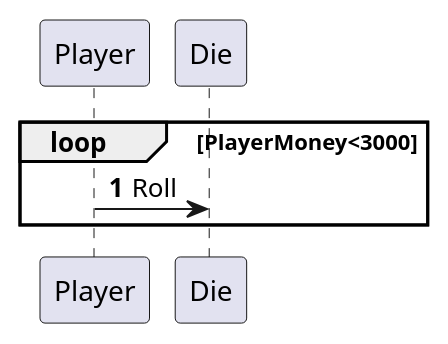
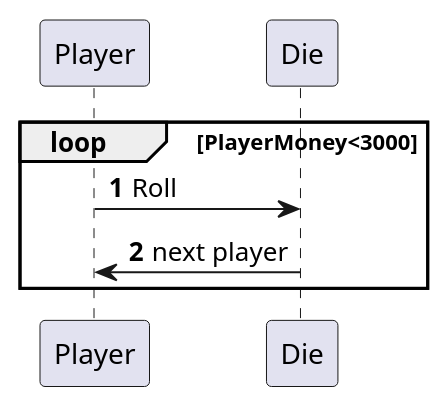
The diagram in src/main/java/UML/CDIO2SystemSequenceDiagram.puml (DTUgruppe15/15_del2), drawn with PlantUML before and after one commit. The commit also changed 2 other files, not shown here.

```diff
--- a/src/main/java/UML/CDIO2SystemSequenceDiagram.puml
+++ b/src/main/java/UML/CDIO2SystemSequenceDiagram.puml
@@ -1,9 +1,10 @@
 @startuml
 'https://plantuml.com/sequence-diagram
 
 autonumber
 
 loop PlayerMoney<3000
     Player -> Die:Roll
+    Die -> Player:next player
 end
 @enduml
```
